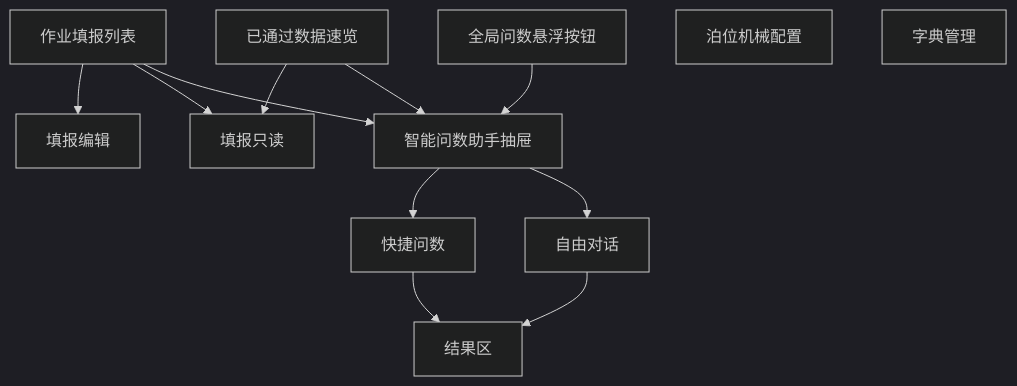
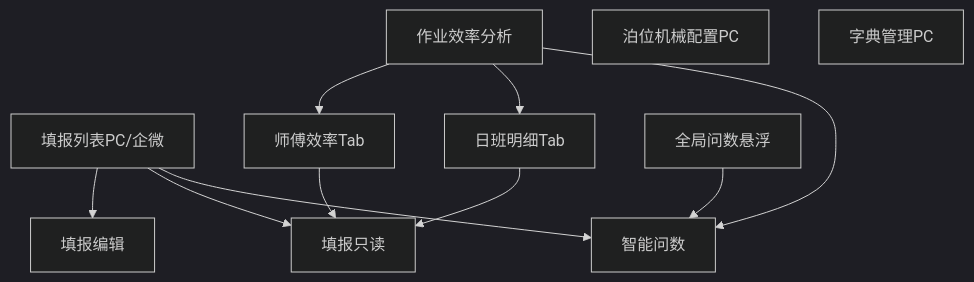
Before and after one commit to liaoliao66/TOS: the third of 6 diagrams in docs/versions/v1.0.0/prd.md, drawn with Mermaid (dark theme). The commit also changed other lines of this file and 15 other files, not shown here.

````diff
--- a/docs/versions/v1.0.0/prd.md
+++ b/docs/versions/v1.0.0/prd.md
@@ -159,15 +163,14 @@
 ```mermaid
 flowchart TD
-    L[作业填报列表] --> E[填报编辑]
+    L[填报列表PC/企微] --> E[填报编辑]
     L --> V[填报只读]
-    Q[已通过数据速览] --> V
-    Q --> A[智能问数助手抽屉]
+    F[作业效率分析] --> T1[师傅效率Tab]
+    F --> T2[日班明细Tab]
+    T1 --> V
+    T2 --> V
+    F --> A[智能问数]
     L --> A
-    FAB[全局问数悬浮按钮] --> A
-    A --> S[快捷问数]
-    A --> Chat[自由对话]
-    S --> R[结果区]
-    Chat --> R
-    M[泊位机械配置]
-    D[字典管理]
+    FAB[全局问数悬浮] --> A
+    M[泊位机械配置PC]
+    D[字典管理PC]
 ```
````
